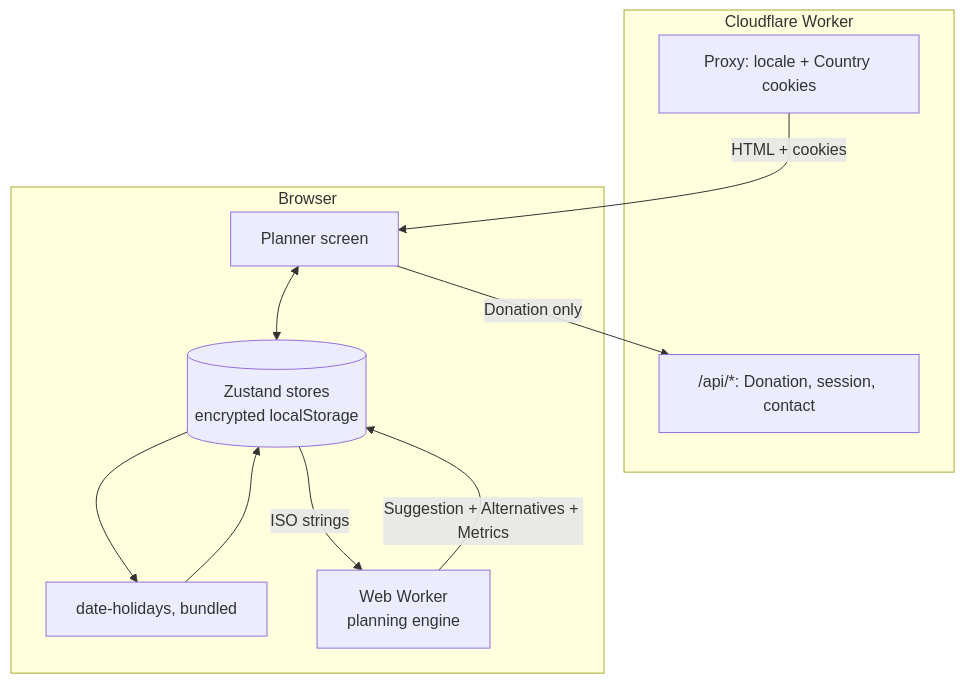
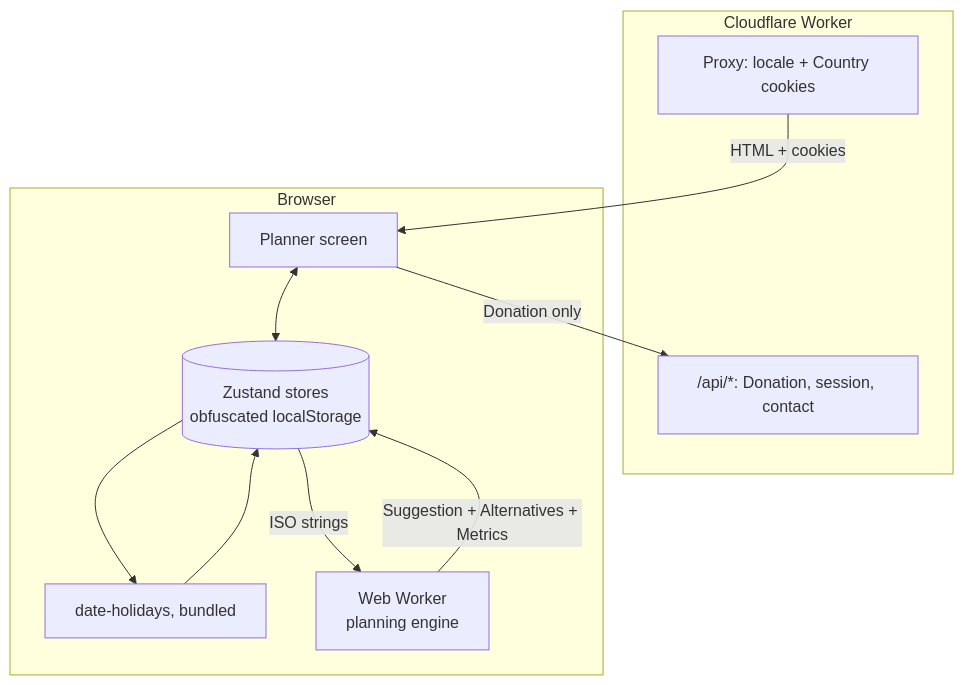
The diagram in apps/docs/src/content/docs/index.mdx (fbuireu/forever-pto), drawn with Mermaid before and after one commit. The commit also changed other lines of this file and 30 other files, not shown here.

````diff
--- a/apps/docs/src/content/docs/index.mdx
+++ b/apps/docs/src/content/docs/index.mdx
@@ -27,18 +27,18 @@
 ```mermaid
 flowchart TB
   subgraph edge [Cloudflare Worker]
     PX[Proxy: locale + Country cookies]
     API["/api/*: Donation, session, contact"]
   end
   subgraph browser [Browser]
-    ST[(Zustand stores<br/>encrypted localStorage)]
+    ST[(Zustand stores<br/>obfuscated localStorage)]
     HOL[date-holidays, bundled]
     UI[Planner screen]
     WK[Web Worker<br/>planning engine]
   end
   PX -->|HTML + cookies| UI
   UI <--> ST
   ST --> HOL --> ST
   ST -->|ISO strings| WK -->|Suggestion + Alternatives + Metrics| ST
   UI -->|Donation only| API
 ```
````
